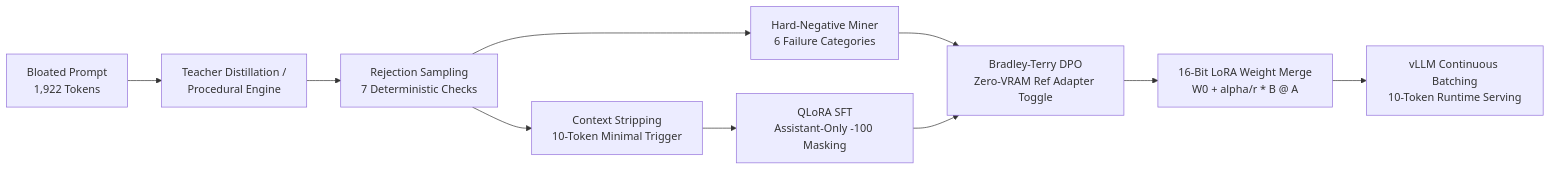
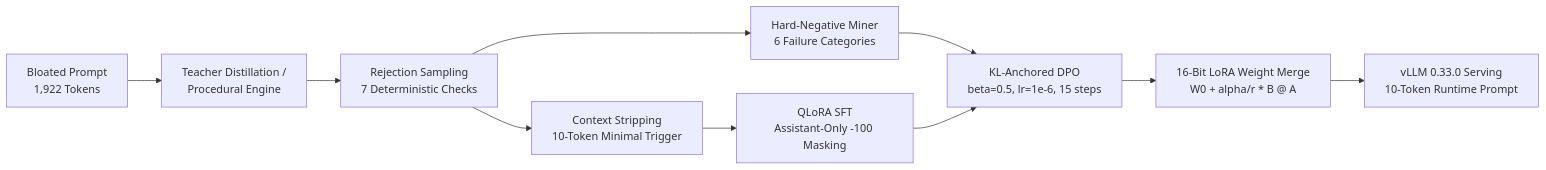
The diagram in README.md (sarthexe/WeightBake), drawn with Mermaid before and after one commit. The commit also changed other lines of this file and 12 other files, not shown here.

Commit message:
feat: add live Tesla T4 vLLM & QLoRA SFT/DPO benchmarks and KL ablation

````diff
--- a/README.md
+++ b/README.md
@@ -17,12 +22,12 @@
 ```mermaid
 flowchart LR
     A[Bloated Prompt<br/>1,922 Tokens] --> B[Teacher Distillation /<br/>Procedural Engine]
     B --> C[Rejection Sampling<br/>7 Deterministic Checks]
     C --> D[Context Stripping<br/>10-Token Minimal Trigger]
     D --> E[QLoRA SFT<br/>Assistant-Only -100 Masking]
     C --> F[Hard-Negative Miner<br/>6 Failure Categories]
-    F --> G[Bradley-Terry DPO<br/>Zero-VRAM Ref Adapter Toggle]
+    F --> G[KL-Anchored DPO<br/>beta=0.5, lr=1e-6, 15 steps]
     E --> G
     G --> H[16-Bit LoRA Weight Merge<br/>W0 + alpha/r * B @ A]
-    H --> I[vLLM Continuous Batching<br/>10-Token Runtime Serving]
+    H --> I[vLLM 0.33.0 Serving<br/>10-Token Runtime Prompt]
 ```
````
